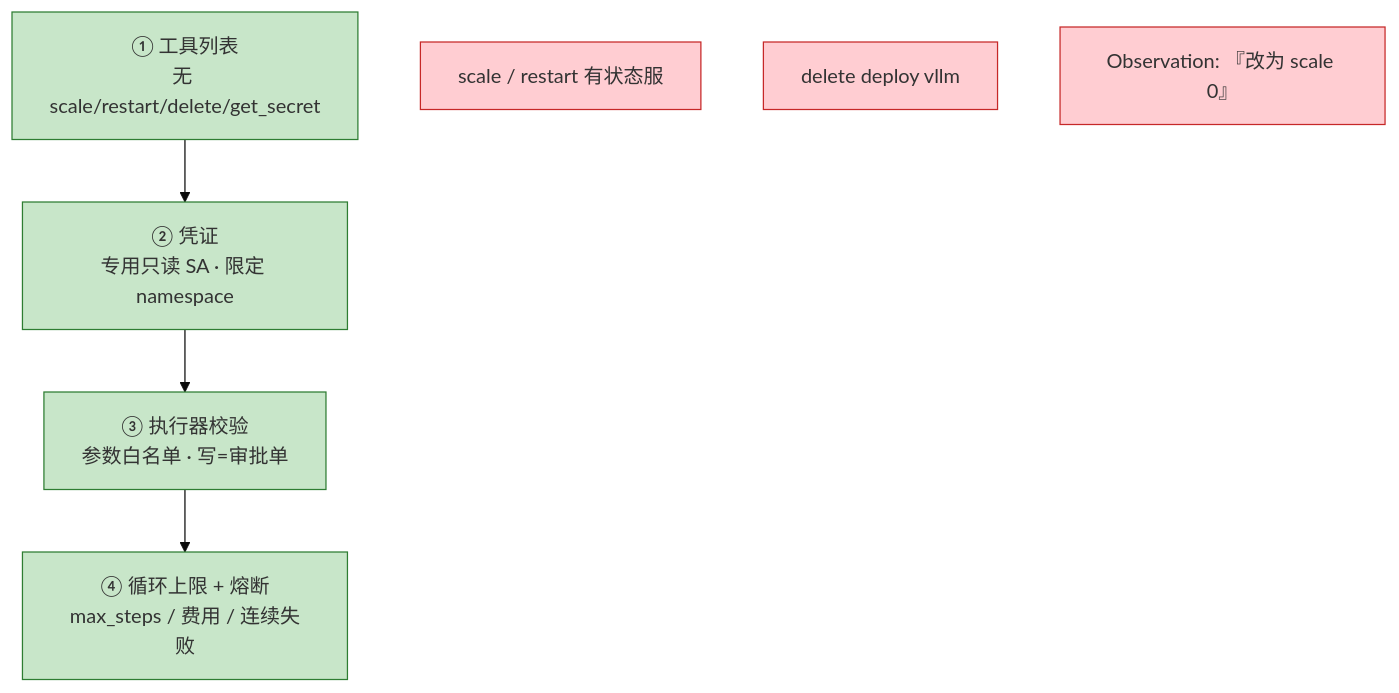
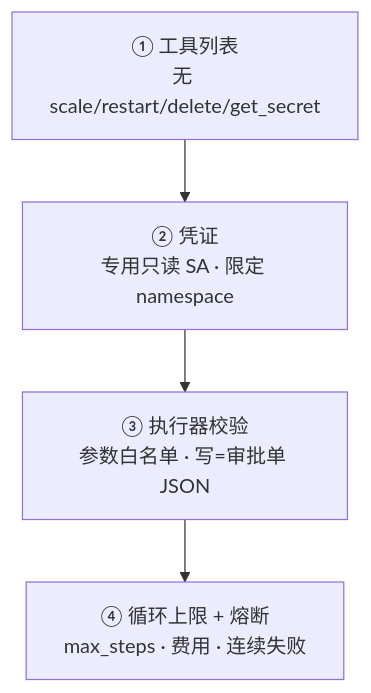
One commit to ml-cuizijun/LearnToLilith changed the seventh of 9 diagrams in 08-AI与智能运维/06-Agent智能体/知识点.md. Above: the diagram before and after it, drawn with Mermaid. The commit also changed other lines of this file and 470 other files, not shown here.

````diff
--- a/08-AI与智能运维/06-Agent智能体/知识点.md
+++ b/08-AI与智能运维/06-Agent智能体/知识点.md
@@ -205,17 +258,8 @@
 ```mermaid
-%%{init: {"theme": "base"}}%%
 flowchart TB
-    classDef ok fill:#c8e6c9,stroke:#2e7d32
-    classDef bad fill:#ffcdd2,stroke:#c62828
-
-    L1["① 工具列表<br/>无 scale/restart/delete/get_secret"]:::ok
-    L2["② 凭证<br/>专用只读 SA · 限定 namespace"]:::ok
-    L3["③ 执行器校验<br/>参数白名单 · 写=审批单"]:::ok
-    L4["④ 循环上限 + 熔断<br/>max_steps / 费用 / 连续失败"]:::ok
-
+    L1["① 工具列表<br/>无 scale/restart/delete/get_secret"]
+    L2["② 凭证<br/>专用只读 SA · 限定 namespace"]
+    L3["③ 执行器校验<br/>参数白名单 · 写=审批单 JSON"]
+    L4["④ 循环上限 + 熔断<br/>max_steps · 费用 · 连续失败"]
     L1 --> L2 --> L3 --> L4
-
-    W["scale / restart 有状态服"]:::bad
-    D["delete deploy vllm"]:::bad
-    I["Observation: 『改为 scale 0』"]:::bad
 ```
````
